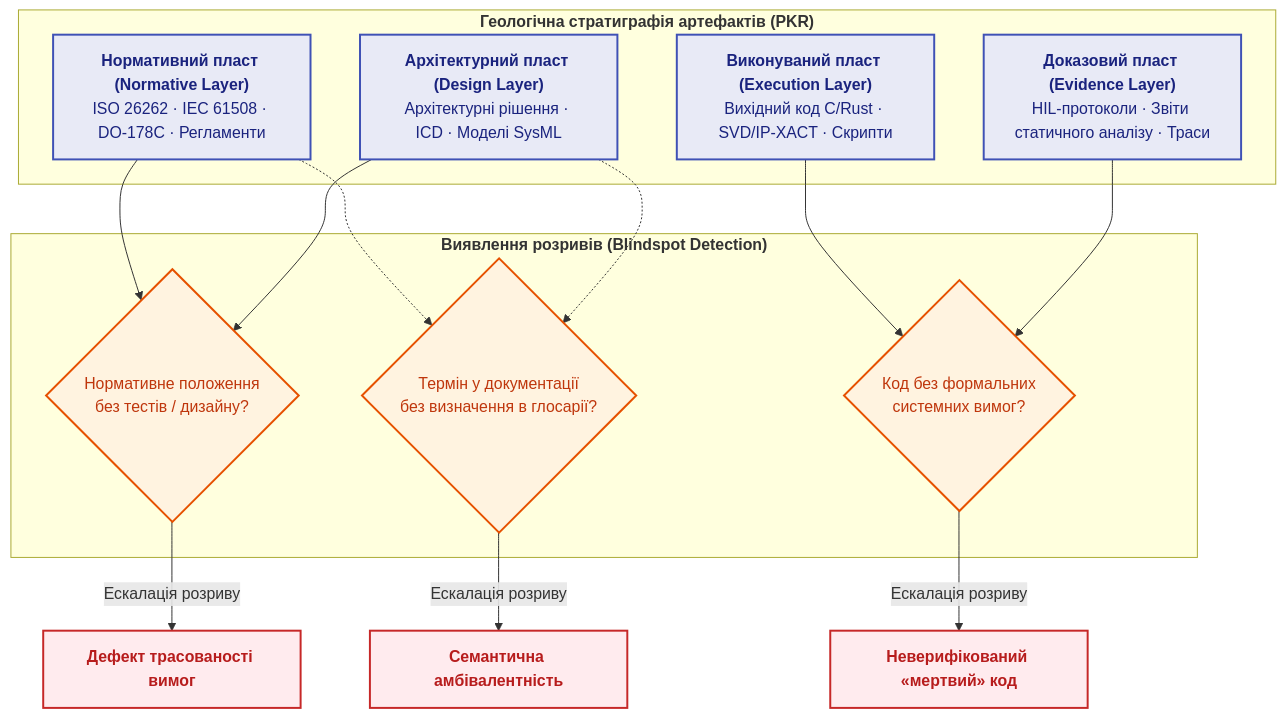
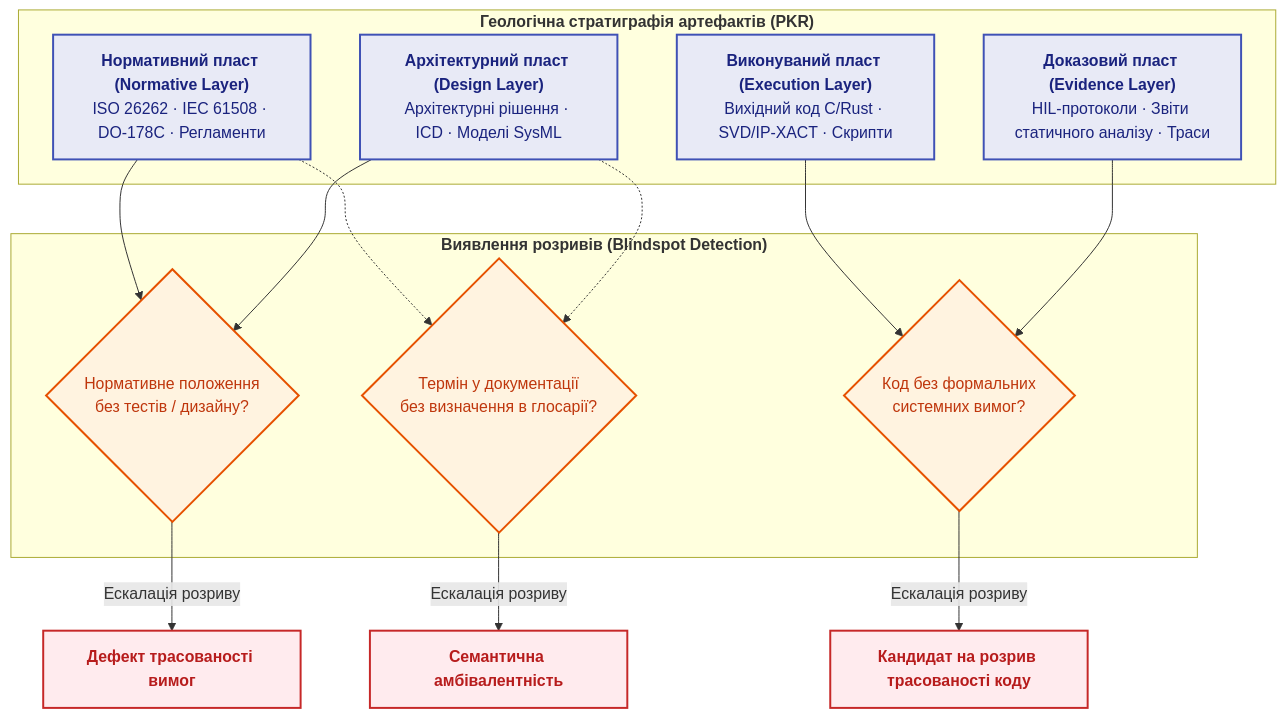
The first of 15 diagrams in ExpertSystem/ch10-knowledge-acquisition-systems.md (nick-fedchik/articles), drawn with Mermaid before and after one commit. The commit also changed other lines of this file and 8 other files, not shown here.

````diff
--- a/ExpertSystem/ch10-knowledge-acquisition-systems.md
+++ b/ExpertSystem/ch10-knowledge-acquisition-systems.md
@@ -40,37 +46,37 @@
 ```mermaid
 flowchart TB
     accTitle: Стратиграфія артефактів та виявлення розривів трасованості в парадигмі PKR
     accDescr: Чотири пласти технічної спадщини (нормативний, архітектурний, виконуваний, доказовий) та виявлення структурних розривів між ними за допомогою PKR.
 
     subgraph STRAT["<b>Геологічна стратиграфія артефактів (PKR)</b>"]
         L1["<b>Нормативний пласт (Normative Layer)</b><br/>ISO 26262 · IEC 61508 · DO-178C · Регламенти"]
         L2["<b>Архітектурний пласт (Design Layer)</b><br/>Архітектурні рішення · ICD · Моделі SysML"]
         L3["<b>Виконуваний пласт (Execution Layer)</b><br/>Вихідний код C/Rust · SVD/IP-XACT · Скрипти"]
         L4["<b>Доказовий пласт (Evidence Layer)</b><br/>HIL-протоколи · Звіти статичного аналізу · Траси"]
     end
 
     subgraph GAPS["<b>Виявлення розривів (Blindspot Detection)</b>"]
         G1{"Нормативне положення<br/>без тестів / дизайну?"}
         G2{"Код без формальних<br/>системних вимог?"}
         G3{"Термін у документації<br/>без визначення в глосарії?"}
     end
 
     L1 --> G1
     L2 --> G1
     L3 --> G2
     L4 --> G2
     L1 -.-> G3
     L2 -.-> G3
 
     G1 -->|"Ескалація розриву"| ESC1["<b>Дефект трасованості вимог</b>"]
-    G2 -->|"Ескалація розриву"| ESC2["<b>Неверифікований «мертвий» код</b>"]
+    G2 -->|"Ескалація розриву"| ESC2["<b>Кандидат на розрив трасованості коду</b>"]
     G3 -->|"Ескалація розриву"| ESC3["<b>Семантична амбівалентність</b>"]
 
     classDef strat fill:#e8eaf6,stroke:#3f51b5,stroke-width:2px,color:#1a237e;
     classDef gap fill:#fff3e0,stroke:#e65100,stroke-width:2px,color:#bf360c;
     classDef esc fill:#ffebee,stroke:#c62828,stroke-width:2px,color:#b71c1c;
 
     class L1,L2,L3,L4 strat;
     class G1,G2,G3 gap;
     class ESC1,ESC2,ESC3 esc;
 ```
````
